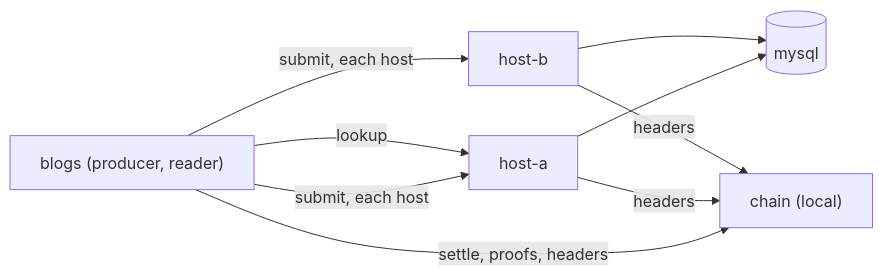
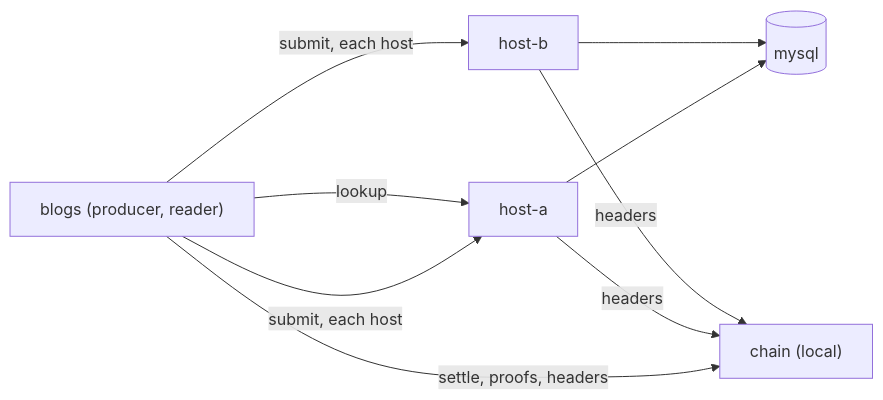
Before and after one commit to lightwebinc/blogs: the diagram in QUICKSTART.md, drawn with Mermaid. The commit also changed 2 other files, not shown here.

Commit message:
[Fix] diagrams: a spacer where the viewer's controls land
The rendered viewer places its zoom and pan panel over a flowchart's
bottom-right corner, and its mermaid build does not read diagramPadding
for flowcharts. An invisible node in the rightmost rank, below its last
node, is what the panel now covers.

````diff
--- a/QUICKSTART.md
+++ b/QUICKSTART.md
@@ -152,11 +152,16 @@
 ```mermaid
 flowchart LR
   B["blogs (producer, reader)"] -->|"submit, each host"| A["host-a"]
   B -->|"submit, each host"| H["host-b"]
   B -->|lookup| A
   A --> D[(mysql)]
   H --> D
   B -->|"settle, proofs, headers"| C["chain (local)"]
   A -->|headers| C
   H -->|headers| C
+  %% The last node is an invisible spacer in the rightmost rank: the rendered
+  %% viewer places its zoom and pan controls over the bottom-right corner.
+  A ~~~ pad
+  pad["&nbsp;<br/>&nbsp;<br/>&nbsp;<br/>&nbsp;<br/>&nbsp;"]:::pad
+  classDef pad fill:none,stroke:none,color:transparent
 ```
````
